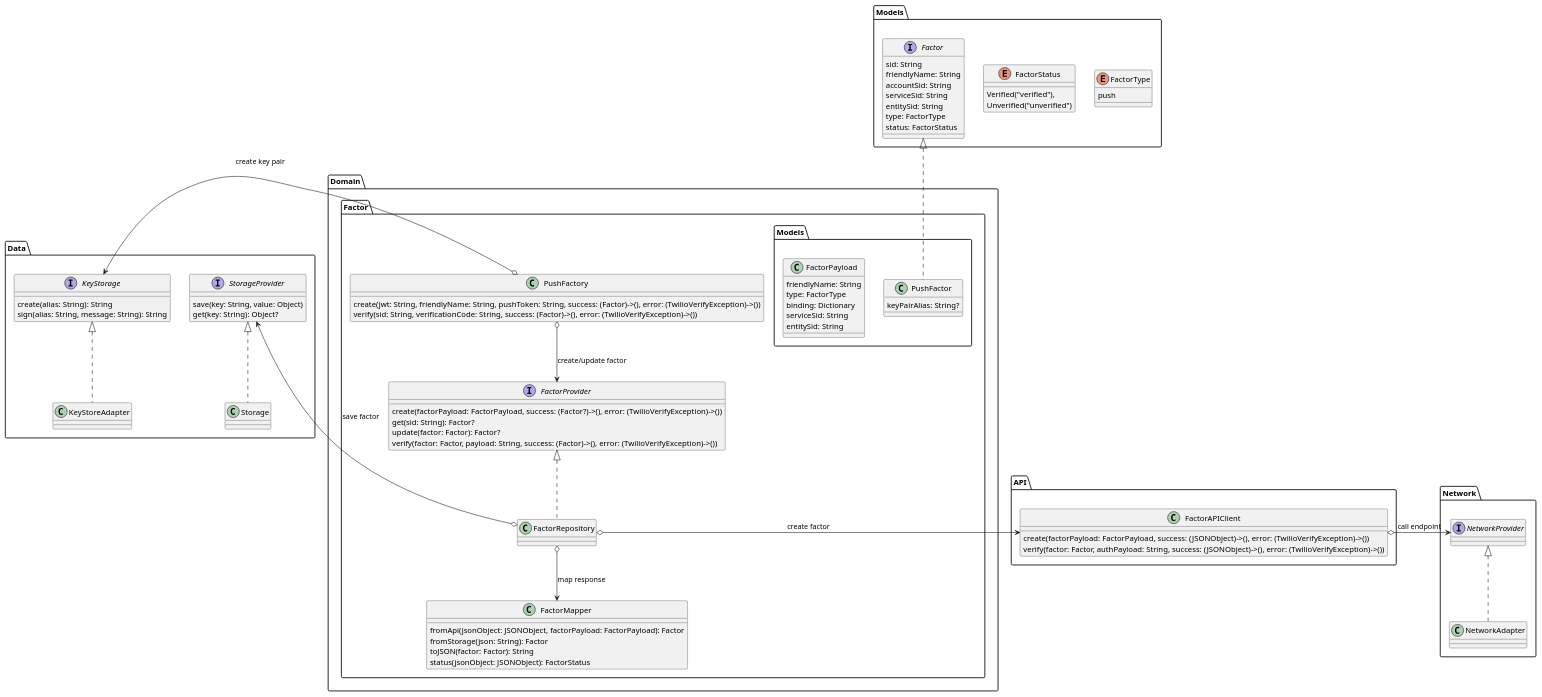
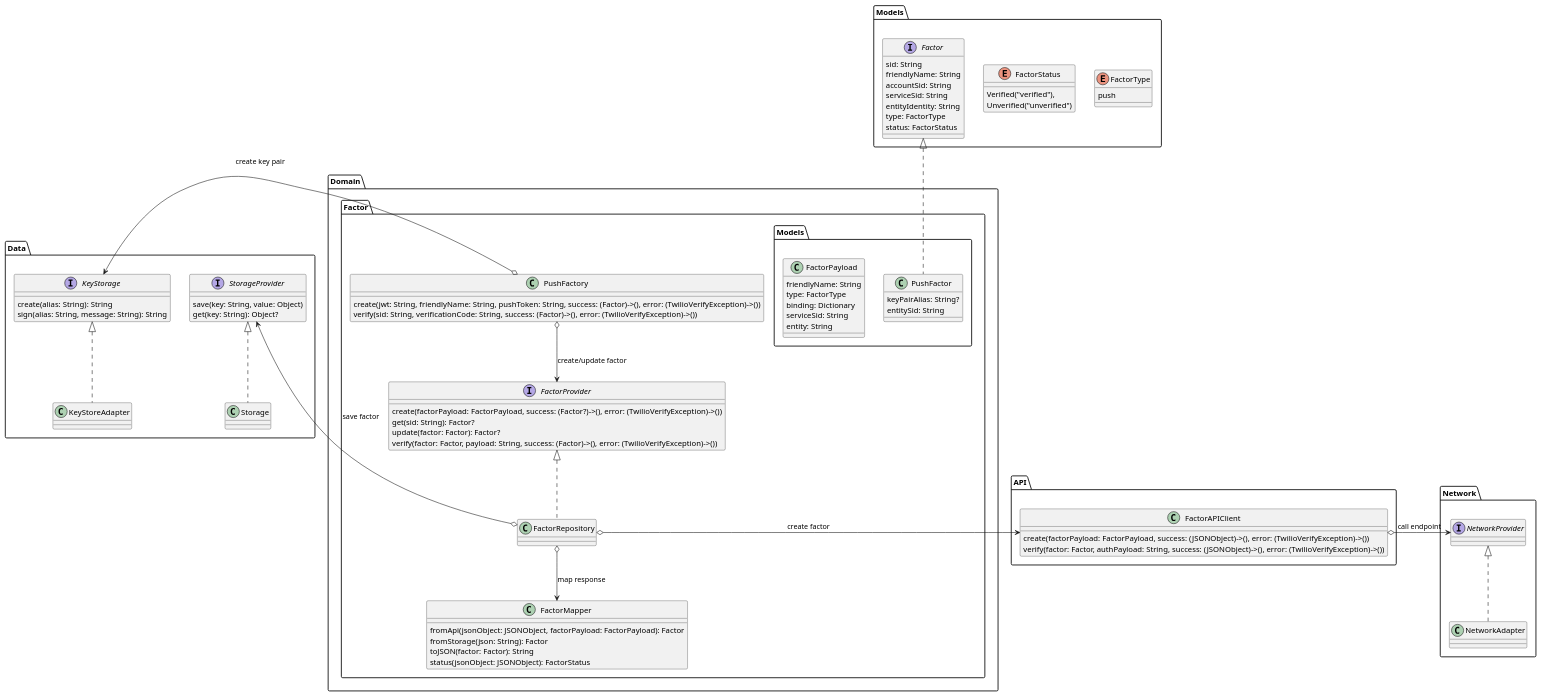
The diagram in diagrams/CreatePushFactor/CreatePushFactor.wsd (twilio/twilio-verify-android), drawn with PlantUML before and after one commit. The commit also changed 35 other files, not shown here.

```diff
--- a/diagrams/CreatePushFactor/CreatePushFactor.wsd
+++ b/diagrams/CreatePushFactor/CreatePushFactor.wsd
@@ -1,74 +1,75 @@
 @startuml Create push factor
 enum Models.FactorType {
     push
 }
 enum Models.FactorStatus {
     Verified("verified"),
     Unverified("unverified")
 }
 interface Models.Factor {
     sid: String
     friendlyName: String
     accountSid: String
     serviceSid: String
-    entitySid: String
+    entityIdentity: String
     type: FactorType
     status: FactorStatus
 }
 class Domain.Factor.Models.PushFactor implements Models.Factor {
     keyPairAlias: String?
+    entitySid: String
 }
 class Domain.Factor.Models.FactorPayload {
     friendlyName: String
     type: FactorType
     binding: Dictionary
     serviceSid: String
-    entitySid: String
+    entity: String
 }
 class Domain.Factor.FactorMapper {
     fromApi(jsonObject: JSONObject, factorPayload: FactorPayload): Factor
     fromStorage(json: String): Factor
     toJSON(factor: Factor): String
     status(jsonObject: JSONObject): FactorStatus
 }
 class API.FactorAPIClient {
     create(factorPayload: FactorPayload, success: (JSONObject)->(), error: (TwilioVerifyException)->())
     verify(factor: Factor, authPayload: String, success: (JSONObject)->(), error: (TwilioVerifyException)->())
 }
 class Network.NetworkAdapter implements Network.NetworkProvider {
 
 }
 interface Data.StorageProvider {
     save(key: String, value: Object)
     get(key: String): Object?
 }
 class Data.Storage implements Data.StorageProvider {
 
 }
 interface Data.KeyStorage {
     create(alias: String): String
     sign(alias: String, message: String): String
 }
 class Data.KeyStoreAdapter implements Data.KeyStorage {
 
 }
 interface Domain.Factor.FactorProvider {
     create(factorPayload: FactorPayload, success: (Factor?)->(), error: (TwilioVerifyException)->())
     get(sid: String): Factor?
     update(factor: Factor): Factor?
     verify(factor: Factor, payload: String, success: (Factor)->(), error: (TwilioVerifyException)->())
 }
 class Domain.Factor.FactorRepository implements Domain.Factor.FactorProvider {
 
 }
 class Domain.Factor.PushFactory {
     create(jwt: String, friendlyName: String, pushToken: String, success: (Factor)->(), error: (TwilioVerifyException)->())
     verify(sid: String, verificationCode: String, success: (Factor)->(), error: (TwilioVerifyException)->())
 }
 Domain.Factor.PushFactory o-left-> Data.KeyStorage: create key pair
 Domain.Factor.PushFactory o--> Domain.Factor.FactorProvider: create/update factor
 Domain.Factor.FactorRepository o-left-> Data.StorageProvider: save factor
 Domain.Factor.FactorRepository o-right-> API.FactorAPIClient: create factor
 Domain.Factor.FactorRepository o--> Domain.Factor.FactorMapper: map response
 API.FactorAPIClient o-right-> Network.NetworkProvider: call endpoint
 @enduml
```
